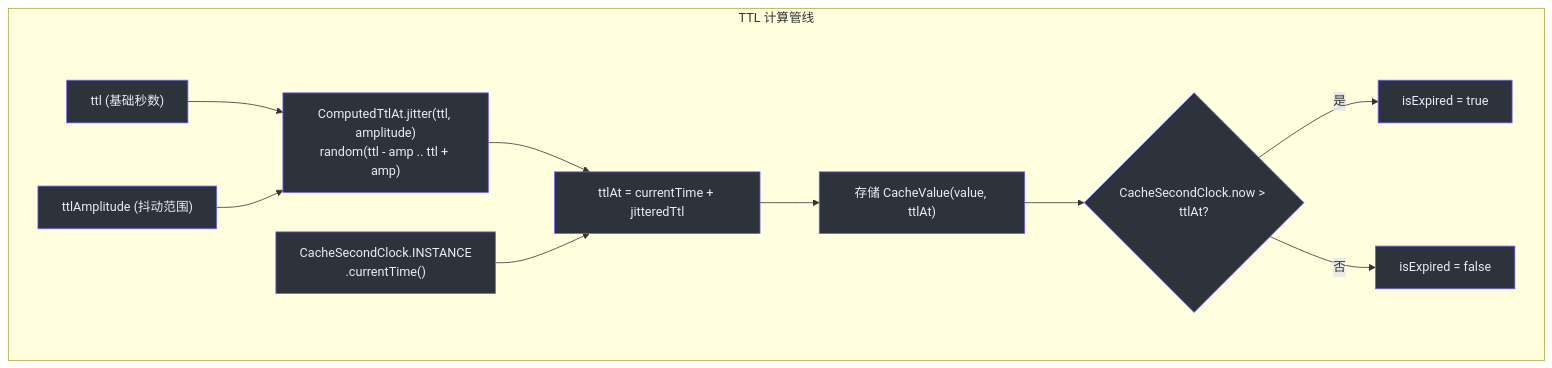
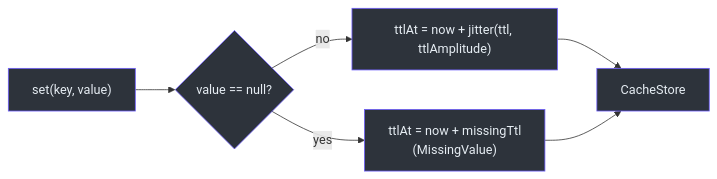
One commit to Ahoo-Wang/CoCache changed the second of 3 diagrams in wiki/zh/modules/cocache-core.md. Above: the diagram before and after it, drawn with Mermaid. The commit also changed other lines of this file and 256 other files, not shown here.

````diff
--- a/wiki/zh/modules/cocache-core.md
+++ b/wiki/zh/modules/cocache-core.md
@@ -272,42 +76,14 @@
 ```mermaid
-graph TB
-    subgraph sg_39 ["TTL 计算管线"]
+graph LR
+    V["set(key, value)"] --> P{"value == null?"}
+    P -->|no| T["ttlAt = now + jitter(ttl, ttlAmplitude)"]
+    P -->|yes| M["ttlAt = now + missingTtl<br>(MissingValue)"]
+    T --> S["CacheStore"]
+    M --> S
 
-        ttl_input["ttl (基础秒数)"]
-        style ttl_input fill:#2d333b,stroke:#6d5dfc,color:#e6edf3
-
-        amp_input["ttlAmplitude (抖动范围)"]
-        style amp_input fill:#2d333b,stroke:#6d5dfc,color:#e6edf3
-
-        jitter["ComputedTtlAt.jitter(ttl, amplitude)<br>random(ttl - amp .. ttl + amp)"]
-        style jitter fill:#2d333b,stroke:#6d5dfc,color:#e6edf3
-
-        clock["CacheSecondClock.INSTANCE<br>.currentTime()"]
-        style clock fill:#2d333b,stroke:#6d5dfc,color:#e6edf3
-
-        at["ttlAt = currentTime + jitteredTtl"]
-        style at fill:#2d333b,stroke:#6d5dfc,color:#e6edf3
-
-        store["存储 CacheValue(value, ttlAt)"]
-        style store fill:#2d333b,stroke:#6d5dfc,color:#e6edf3
-
-        expire_check{"CacheSecondClock.now > ttlAt?"}
-        style expire_check fill:#2d333b,stroke:#6d5dfc,color:#e6edf3
-
-        expired["isExpired = true"]
-        style expired fill:#2d333b,stroke:#6d5dfc,color:#e6edf3
-
-        valid["isExpired = false"]
-        style valid fill:#2d333b,stroke:#6d5dfc,color:#e6edf3
-
-        ttl_input --> jitter
-        amp_input --> jitter
-        jitter --> at
-        clock --> at
-        at --> store
-        store --> expire_check
-        expire_check -->|是| expired
-        expire_check -->|否| valid
-    end
-
+    style V fill:#2d333b,stroke:#6d5dfc,color:#e6edf3
+    style P fill:#2d333b,stroke:#6d5dfc,color:#e6edf3
+    style T fill:#2d333b,stroke:#6d5dfc,color:#e6edf3
+    style M fill:#2d333b,stroke:#6d5dfc,color:#e6edf3
+    style S fill:#2d333b,stroke:#6d5dfc,color:#e6edf3
 ```
````
